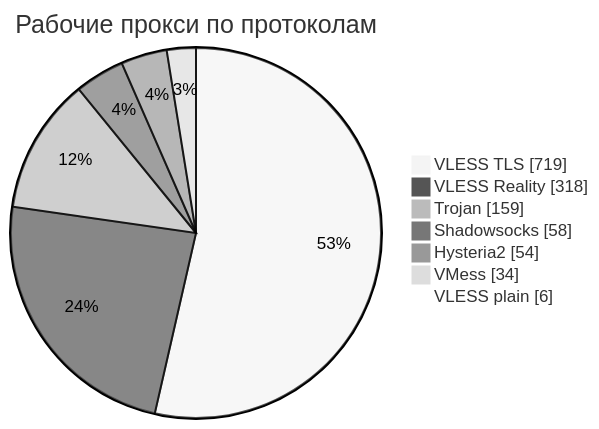
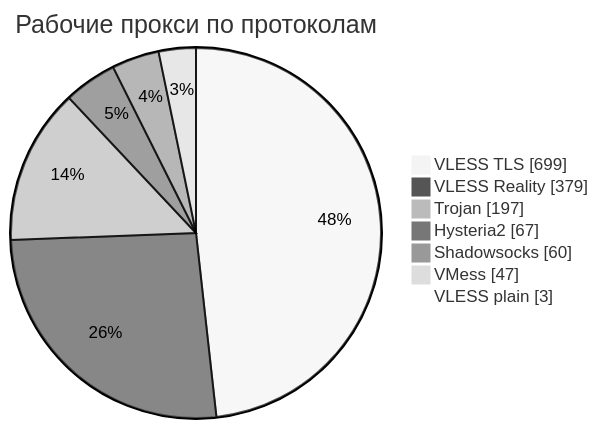
One commit to rvvg/proxy-subs changed the third of 4 diagrams in README.md. Above: the diagram before and after it, drawn with Mermaid (neutral theme). The commit also changed other lines of this file and 50 other files, not shown here.

````diff
--- a/README.md
+++ b/README.md
@@ -137,11 +139,11 @@
 ```mermaid
 pie showData
     title Рабочие прокси по протоколам
-    "VLESS TLS" : 719
-    "VLESS Reality" : 318
-    "Trojan" : 159
-    "Shadowsocks" : 58
-    "Hysteria2" : 54
-    "VMess" : 34
-    "VLESS plain" : 6
+    "VLESS TLS" : 699
+    "VLESS Reality" : 379
+    "Trojan" : 197
+    "Hysteria2" : 67
+    "Shadowsocks" : 60
+    "VMess" : 47
+    "VLESS plain" : 3
 ```
````
